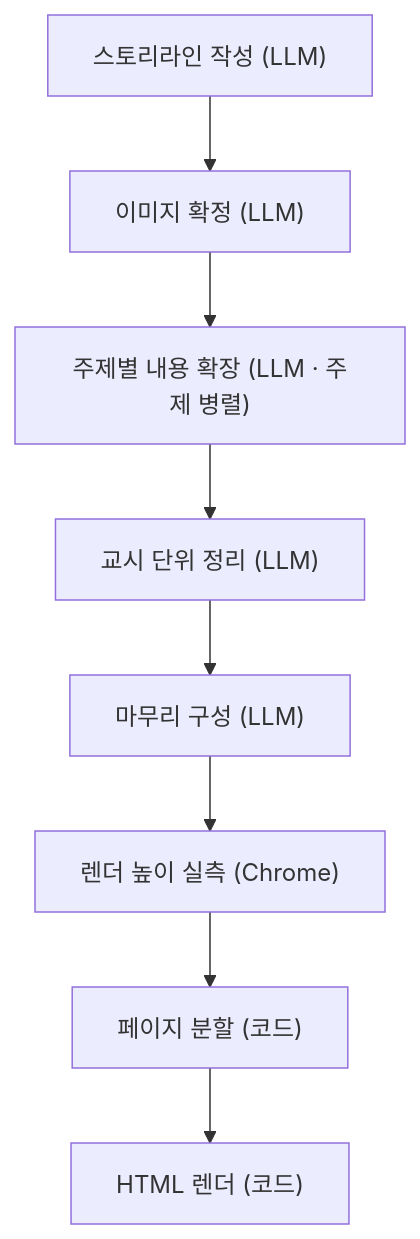
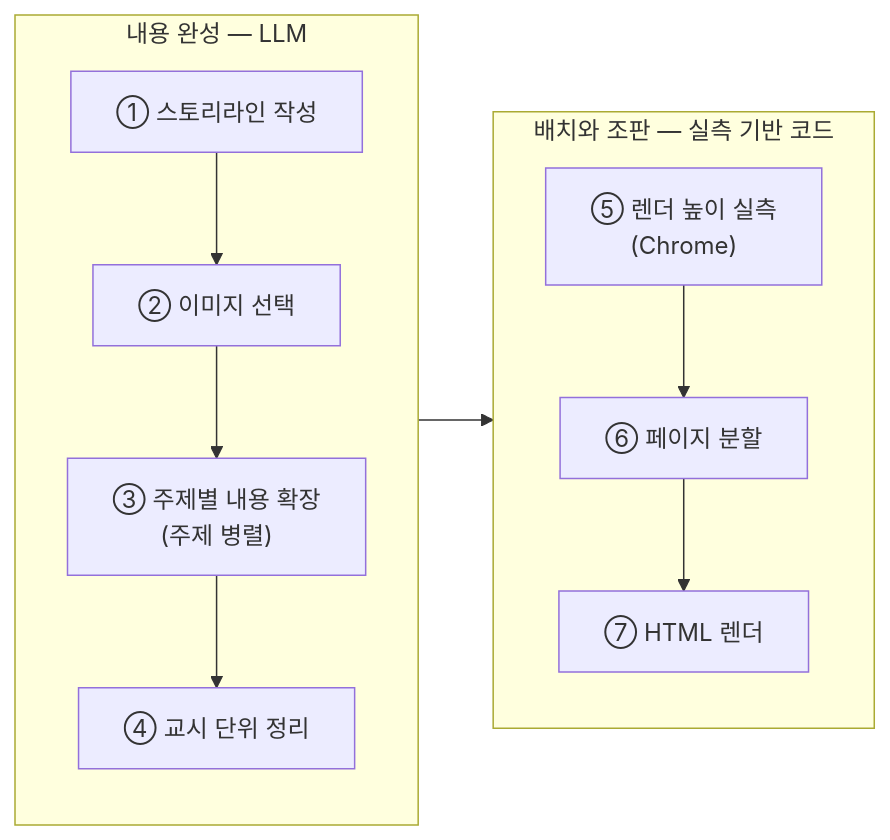
One commit to Doc-AI-Agent-development/Doc-AI-Agent-development.github.io changed the diagram in docs/edu-material/generation.md. Above: the diagram before and after it, drawn with Mermaid. The commit also changed other lines of this file and 1 other file, not shown here.

````diff
--- a/docs/edu-material/generation.md
+++ b/docs/edu-material/generation.md
@@ -15,10 +17,15 @@
 ```mermaid
-flowchart TD
-  A["스토리라인 작성 (LLM)"] --> B["이미지 확정 (LLM)"]
-  B --> C["주제별 내용 확장 (LLM · 주제 병렬)"]
-  C --> D["교시 단위 정리 (LLM)"]
-  D --> E["마무리 구성 (LLM)"]
-  E --> F["렌더 높이 실측 (Chrome)"]
-  F --> G["페이지 분할 (코드)"]
-  G --> H["HTML 렌더 (코드)"]
+flowchart LR
+  subgraph W["내용 완성 — LLM"]
+    direction TB
+    W1["① 스토리라인 작성"] --> W2["② 이미지 선택"]
+    W2 --> W3["③ 주제별 내용 확장<br/>(주제 병렬)"]
+    W3 --> W4["④ 교시 단위 정리"]
+  end
+  subgraph L["배치와 조판 — 실측 기반 코드"]
+    direction TB
+    L1["⑤ 렌더 높이 실측<br/>(Chrome)"] --> L2["⑥ 페이지 분할"]
+    L2 --> L3["⑦ HTML 렌더"]
+  end
+  W4 --> L1
 ```
````
